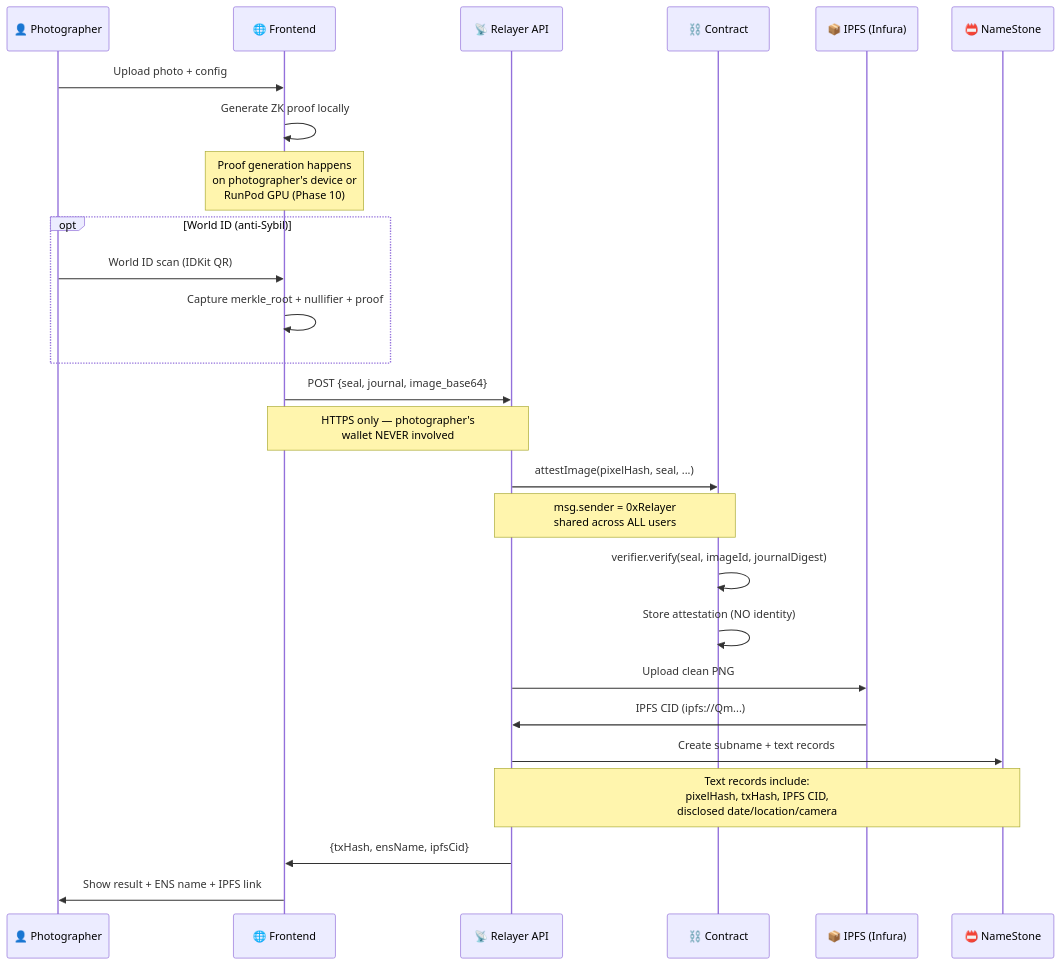
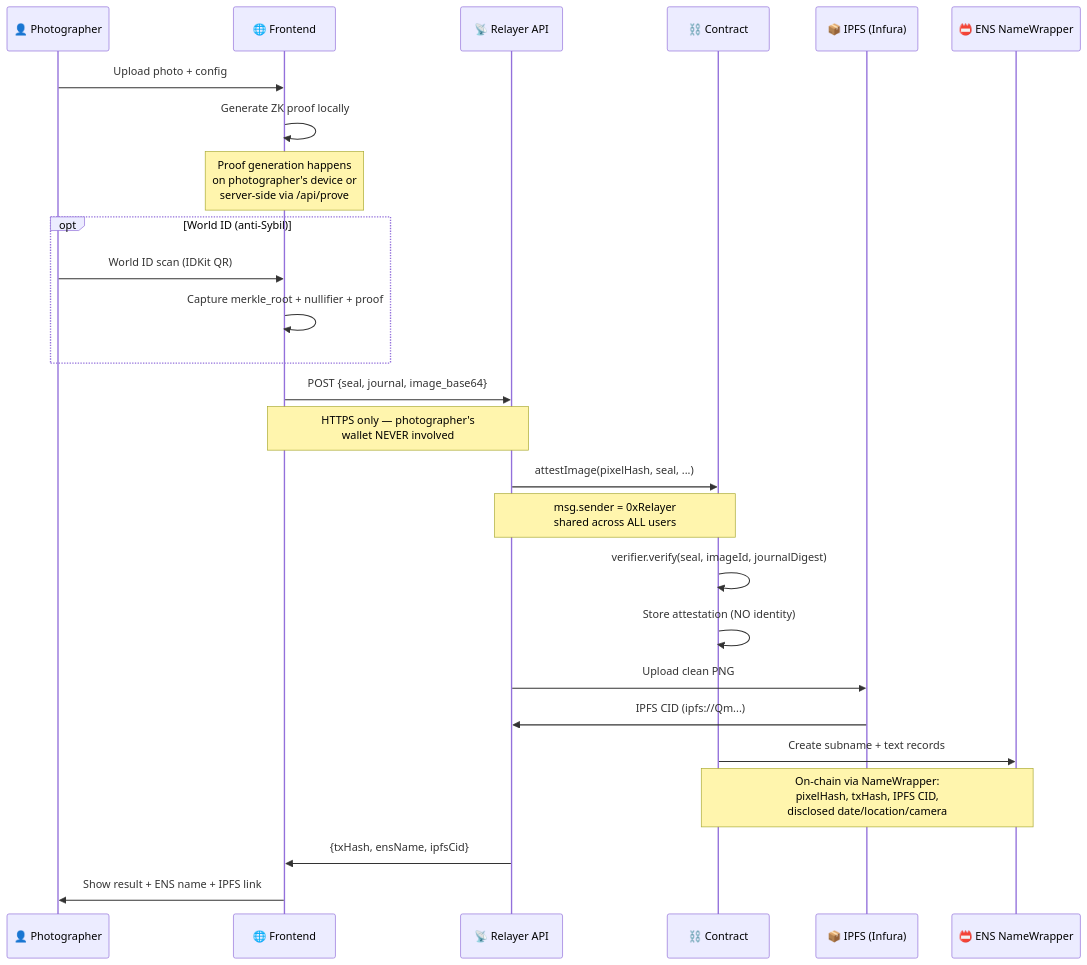
Before and after one commit to pycckuu/proof-frame: the seventh of 13 diagrams in docs/DIAGRAMS.md, drawn with Mermaid. The commit also changed other lines of this file and 8 other files, not shown here.

````diff
--- a/docs/DIAGRAMS.md
+++ b/docs/DIAGRAMS.md
@@ -275,36 +258,36 @@
 ```mermaid
 sequenceDiagram
     participant J as 👤 Photographer
     participant F as 🌐 Frontend
     participant R as 📡 Relayer API
     participant C as ⛓️ Contract
     participant I as 📦 IPFS (Infura)
-    participant N as 📛 NameStone
+    participant N as 📛 ENS NameWrapper
 
     J->>F: Upload photo + config
     F->>F: Generate ZK proof locally
-    Note over F: Proof generation happens<br/>on photographer's device or<br/>RunPod GPU (Phase 10)
+    Note over F: Proof generation happens<br/>on photographer's device or<br/>server-side via /api/prove
 
     opt World ID (anti-Sybil)
         J->>F: World ID scan (IDKit QR)
         F->>F: Capture merkle_root + nullifier + proof
     end
 
     F->>R: POST {seal, journal, image_base64}
     Note over F,R: HTTPS only — photographer's<br/>wallet NEVER involved
 
     R->>C: attestImage(pixelHash, seal, ...)
     Note over R,C: msg.sender = 0xRelayer<br/>shared across ALL users
 
     C->>C: verifier.verify(seal, imageId, journalDigest)
     C->>C: Store attestation (NO identity)
 
     R->>I: Upload clean PNG
     I->>R: IPFS CID (ipfs://Qm...)
 
-    R->>N: Create subname + text records
-    Note over R,N: Text records include:<br/>pixelHash, txHash, IPFS CID,<br/>disclosed date/location/camera
+    C->>N: Create subname + text records
+    Note over C,N: On-chain via NameWrapper:<br/>pixelHash, txHash, IPFS CID,<br/>disclosed date/location/camera
 
     R->>F: {txHash, ensName, ipfsCid}
     F->>J: Show result + ENS name + IPFS link
 ```
````
